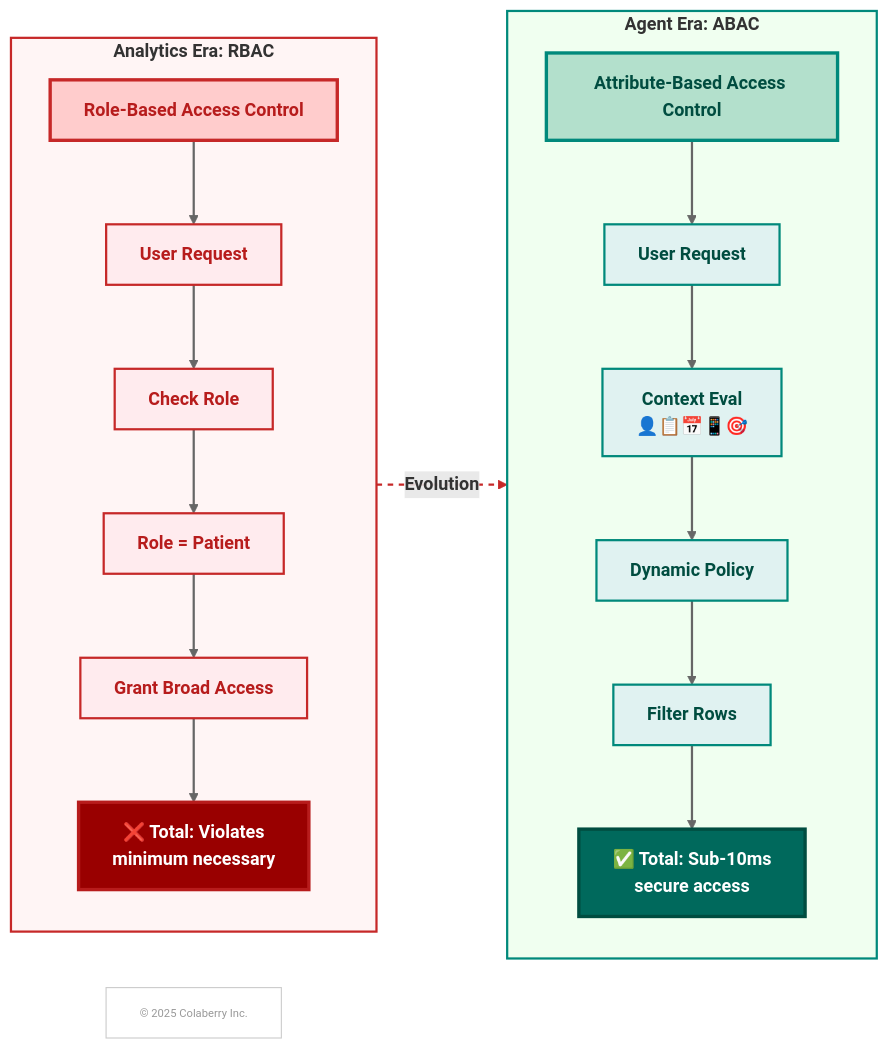
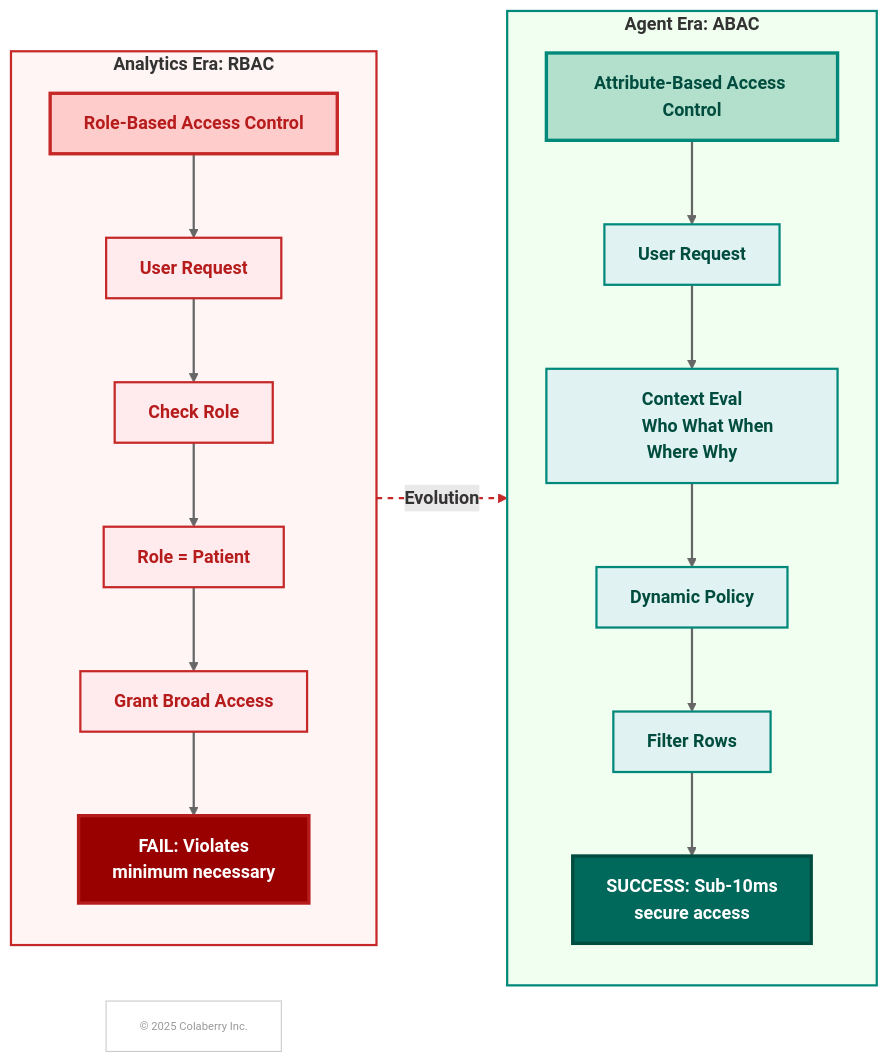
The third of 11 diagrams in chapter-02/chapter_2_complete.md (colaberry/enterprise-data-readiness-ai-agents), drawn with Mermaid before and after one commit. The commit also changed other lines of this file, not shown here.

First line of the commit message:
chapter 2 diagram updated

````diff
--- a/chapter-02/chapter_2_complete.md
+++ b/chapter-02/chapter_2_complete.md
@@ -270,62 +270,62 @@
 ```mermaid
 graph LR
     subgraph OLD["<b>Analytics Era: RBAC</b>"]
         TITLE1["<b>Role-Based Access Control</b>"]
         R1["<b>User Request</b>"]
         R2["<b>Check Role</b>"]
         R3["<b>Role = Patient</b>"]
         R4["<b>Grant Broad Access</b>"]
-        R5["<b>❌ Total: Violates
+        R5["<b>FAIL: Violates
         minimum necessary</b>"]
         TITLE1 --> R1
         R1 --> R2
         R2 --> R3
         R3 --> R4
         R4 --> R5
     end
     OLD -.->|<b>Evolution</b>| NEW
     subgraph NEW["<b>Agent Era: ABAC</b>"]
         TITLE2["<b>Attribute-Based Access Control</b>"]
         A1["<b>User Request</b>"]
         A2["<b>Context Eval
-        👤📋📅📱🎯</b>"]
+        Who What When Where Why</b>"]
         A3["<b>Dynamic Policy</b>"]
         A4["<b>Filter Rows</b>"]
-        A5["<b>✅ Total: Sub-10ms
+        A5["<b>SUCCESS: Sub-10ms
         secure access</b>"]
         TITLE2 --> A1
         A1 --> A2
         A2 --> A3
         A3 --> A4
         A4 --> A5
     end
     COPYRIGHT["© 2025 Colaberry Inc."]
 
     style TITLE1 fill:#ffcccc,stroke:#c62828,stroke-width:3px,color:#b71c1c,font-weight:bold
     style R1 fill:#ffebee,stroke:#c62828,stroke-width:2px,color:#b71c1c
     style R2 fill:#ffebee,stroke:#c62828,stroke-width:2px,color:#b71c1c
     style R3 fill:#ffebee,stroke:#c62828,stroke-width:2px,color:#b71c1c
     style R4 fill:#ffebee,stroke:#c62828,stroke-width:2px,color:#b71c1c
     style R5 fill:#990000,color:#ffffff,stroke:#b71c1c,stroke-width:3px
     style TITLE2 fill:#b3e0cc,stroke:#00897b,stroke-width:3px,color:#004d40,font-weight:bold
     style A1 fill:#e0f2f1,stroke:#00897b,stroke-width:2px,color:#004d40
     style A2 fill:#e0f2f1,stroke:#00897b,stroke-width:2px,color:#004d40
     style A3 fill:#e0f2f1,stroke:#00897b,stroke-width:2px,color:#004d40
     style A4 fill:#e0f2f1,stroke:#00897b,stroke-width:2px,color:#004d40
     style A5 fill:#00695c,color:#ffffff,stroke:#004d40,stroke-width:3px
     style OLD fill:#fff5f5,stroke:#c62828,stroke-width:2px
     style NEW fill:#f0fff0,stroke:#00897b,stroke-width:2px
     style COPYRIGHT fill:#ffffff,stroke:#cccccc,stroke-width:1px,color:#999999,font-size:10px
 
     linkStyle 0 stroke:#666666,stroke-width:2px
     linkStyle 1 stroke:#666666,stroke-width:2px
     linkStyle 2 stroke:#666666,stroke-width:2px
     linkStyle 3 stroke:#666666,stroke-width:2px
     linkStyle 4 stroke:#666666,stroke-width:2px
     linkStyle 5 stroke:#c62828,stroke-width:2px,stroke-dasharray:5
     linkStyle 6 stroke:#666666,stroke-width:2px
     linkStyle 7 stroke:#666666,stroke-width:2px
     linkStyle 8 stroke:#666666,stroke-width:2px
     linkStyle 9 stroke:#666666,stroke-width:2px
     linkStyle 10 stroke:#666666,stroke-width:2px
 ```
````
